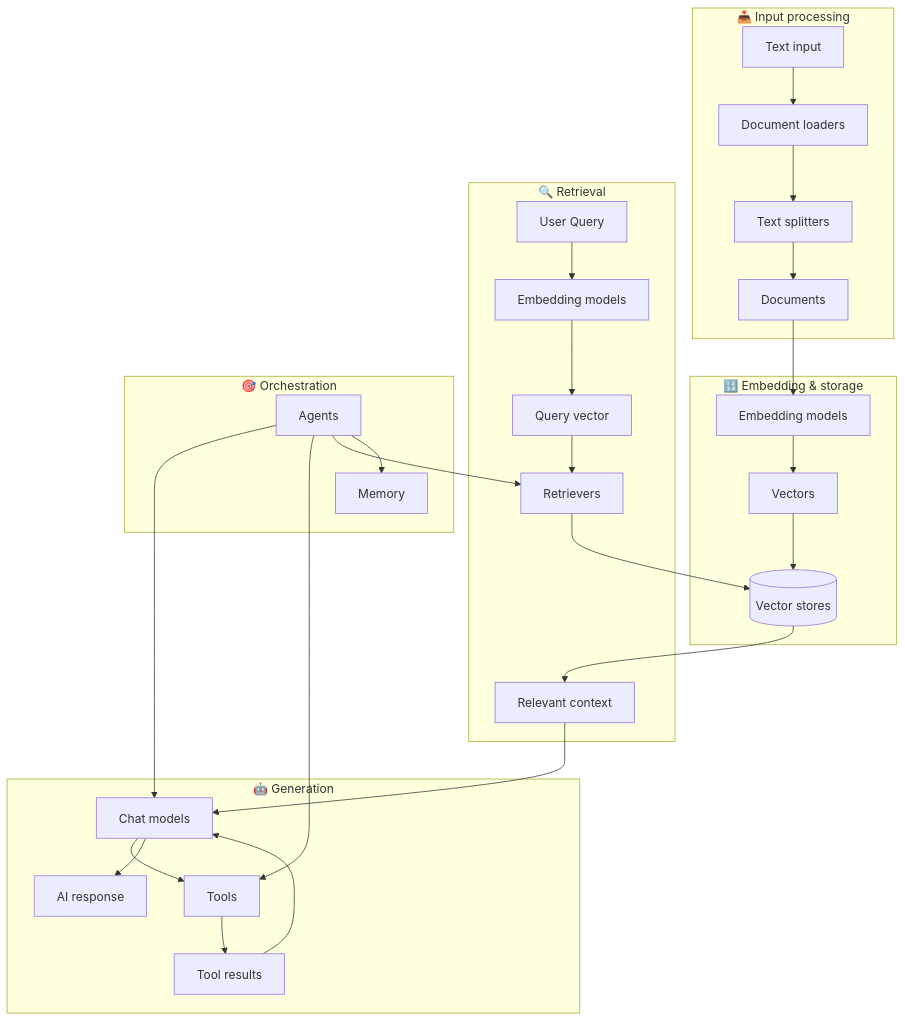
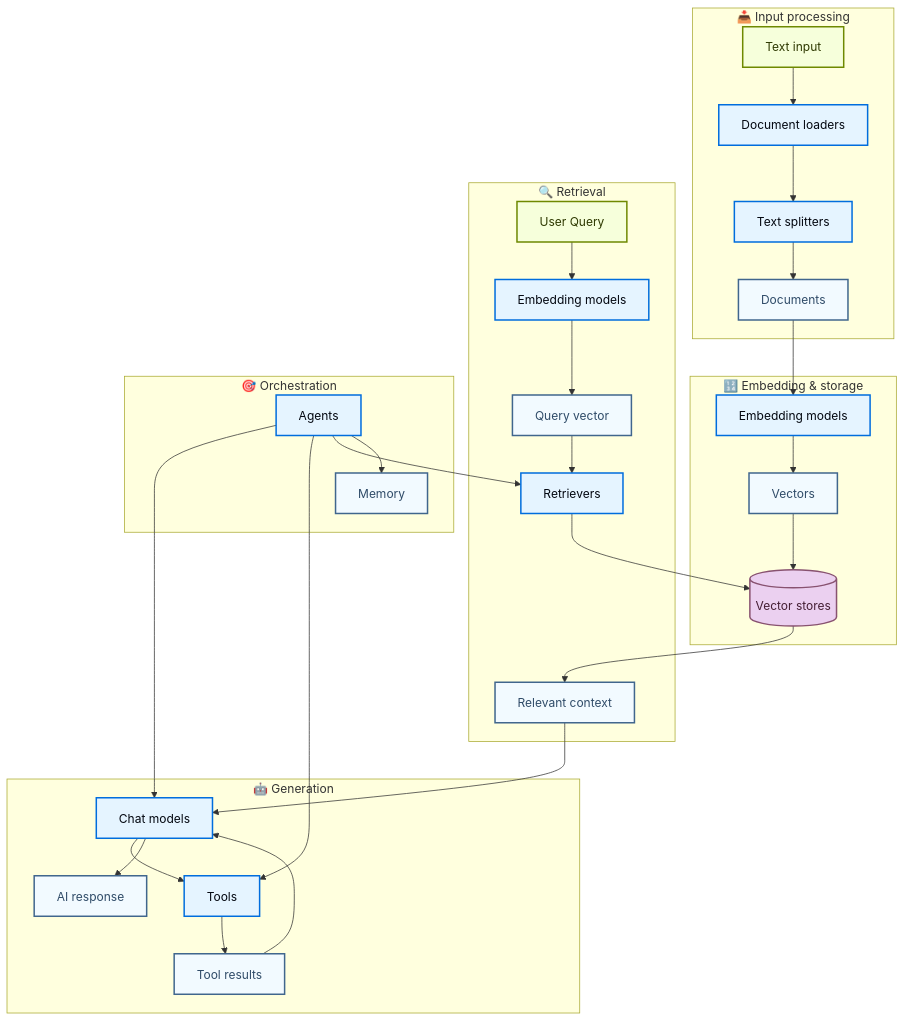
Before and after one commit to olorehq/olore: the first of 4 diagrams in vault/packages/langchain/latest/contents/langchain/component-architecture.mdx, drawn with Mermaid. The commit also changed other lines of this file and 14210 other files, not shown here.

````diff
--- a/vault/packages/langchain/latest/contents/langchain/component-architecture.mdx
+++ b/vault/packages/langchain/latest/contents/langchain/component-architecture.mdx
@@ -11,42 +11,52 @@
 ```mermaid
 graph TD
     %% Input processing
     subgraph "📥 Input processing"
         A[Text input] --> B[Document loaders]
         B --> C[Text splitters]
         C --> D[Documents]
     end
 
     %% Embedding & storage
     subgraph "🔢 Embedding & storage"
         D --> E[Embedding models]
         E --> F[Vectors]
         F --> G[(Vector stores)]
     end
 
     %% Retrieval
     subgraph "🔍 Retrieval"
         H[User Query] --> I[Embedding models]
         I --> J[Query vector]
         J --> K[Retrievers]
         K --> G
         G --> L[Relevant context]
     end
 
     %% Generation
     subgraph "🤖 Generation"
         M[Chat models] --> N[Tools]
         N --> O[Tool results]
         O --> M
         L --> M
         M --> P[AI response]
     end
 
     %% Orchestration
     subgraph "🎯 Orchestration"
         Q[Agents] --> M
         Q --> N
         Q --> K
         Q --> R[Memory]
     end
+
+    classDef trigger fill:#F6FFDB,stroke:#6E8900,stroke-width:2px,color:#2E3900
+    classDef process fill:#E5F4FF,stroke:#006DDD,stroke-width:2px,color:#030710
+    classDef output fill:#EBD0F0,stroke:#885270,stroke-width:2px,color:#441E33
+    classDef neutral fill:#F2FAFF,stroke:#40668D,stroke-width:2px,color:#2F4B68
+
+    class A,H trigger
+    class B,C,E,I,K,M,N,Q process
+    class D,F,J,L,O,P,R neutral
+    class G output
 ```
````
